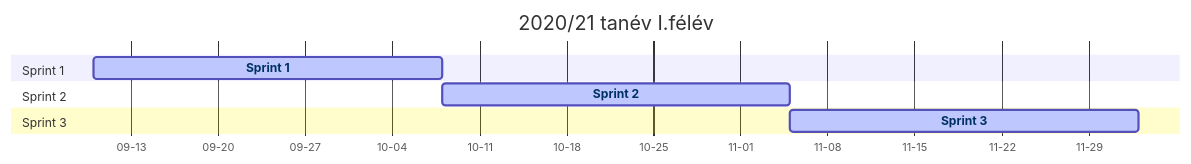
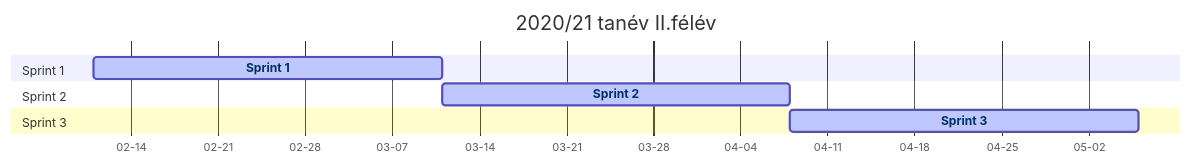
The diagram in src/schedule.md (pintergreg/handout), drawn with Mermaid before and after one commit. The commit also changed other lines of this file, not shown here.

```diff
--- a/src/schedule.md
+++ b/src/schedule.md
@@ -26,15 +26,15 @@
 <div class="mermaid">
     gantt
     dateFormat  YYYY-MM-DD
     axisFormat  %m-%d
-    title 2020/21 tanév I.félév
+    title 2020/21 tanév II.félév
     section Sprint 1
-        Sprint 1 :active, sprint1, 2020-09-10, 4w
+        Sprint 1 :active, sprint1, 2021-02-11, 4w
     section Sprint 2
         Sprint 2 :active, sprint2, after sprint1, 4w
     section Sprint 3
         Sprint 3 :active, sprint3, after sprint2, 4w
     click sprint1 href "./sprint_1.html"
     click sprint2 href "./sprint_2.html"
     click sprint3 href "./sprint_3.html"
 </div>
```
